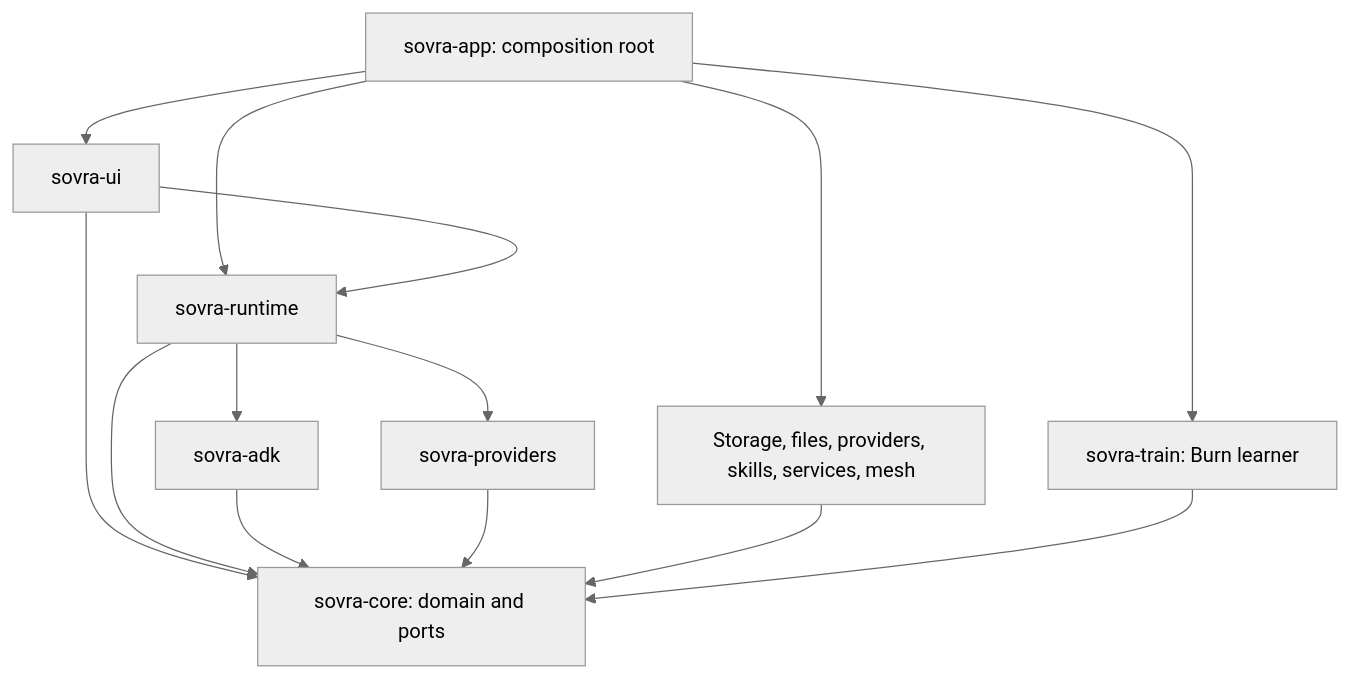
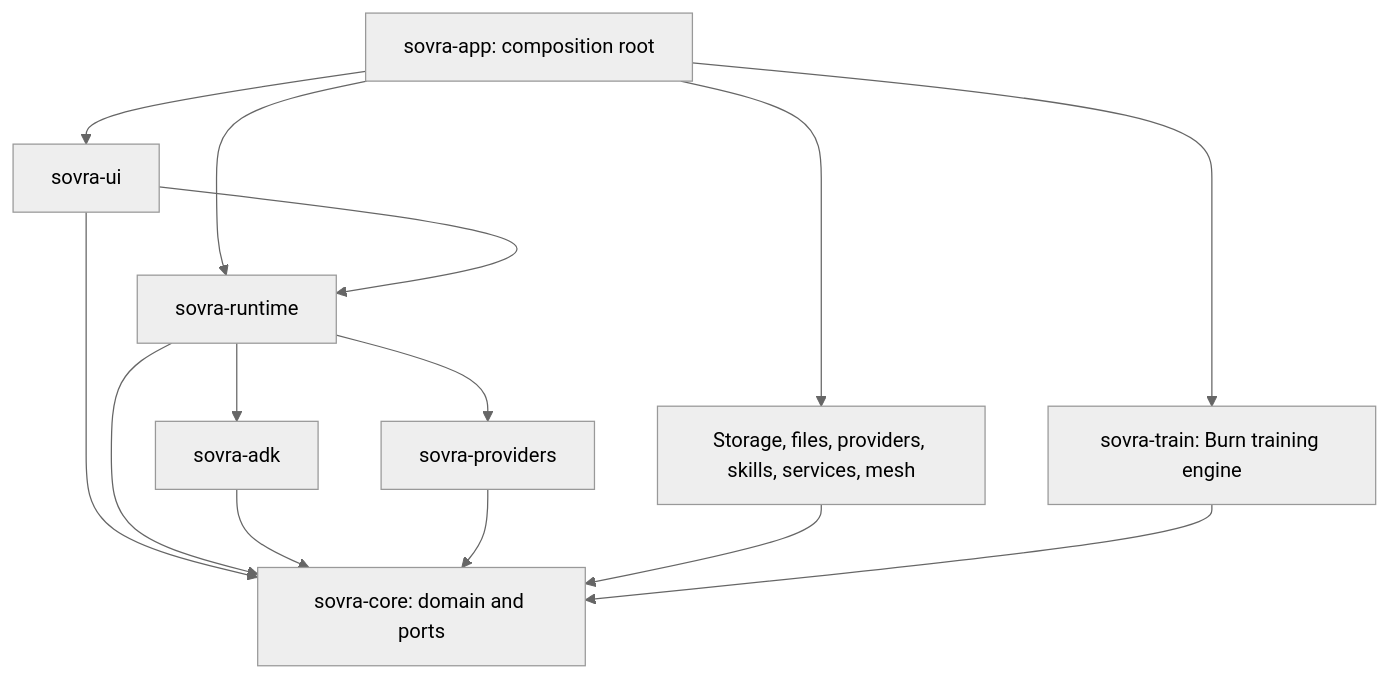
Before and after one commit to Sovra-AI/SovraHarness: the first of 2 diagrams in docs/architecture.md, drawn with Mermaid (neutral theme). The commit also changed other lines of this file and 77 other files, not shown here.

````diff
--- a/docs/architecture.md
+++ b/docs/architecture.md
@@ -27,16 +27,16 @@
 ```mermaid
 flowchart TB
   app["sovra-app: composition root"] --> ui["sovra-ui"]
   app --> runtime["sovra-runtime"]
   app --> adapters["Storage, files, providers, skills, services, mesh"]
   ui --> runtime
   ui --> core["sovra-core: domain and ports"]
   runtime --> adk["sovra-adk"]
   runtime --> providers["sovra-providers"]
   runtime --> core
   adk --> core
   providers --> core
   adapters --> core
-  app --> train["sovra-train: Burn learner"]
+  app --> train["sovra-train: Burn training engine"]
   train --> core
 ```
````
